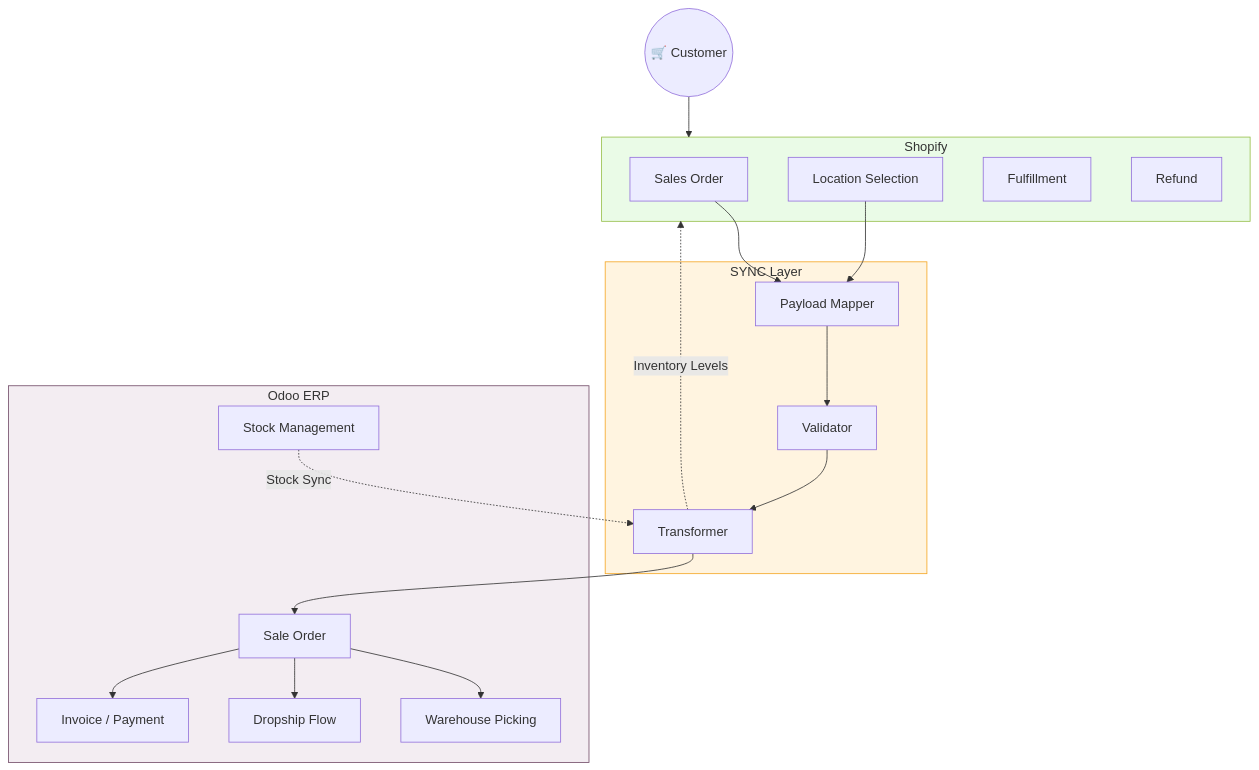
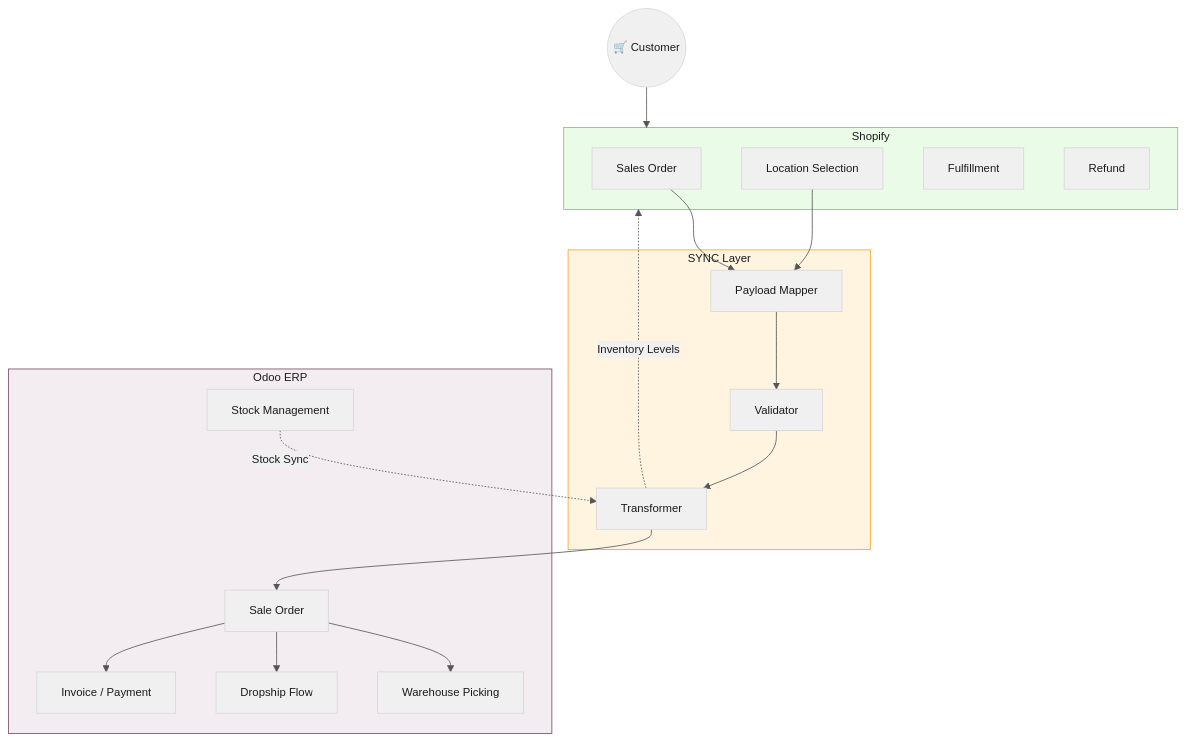
The second of 11 diagrams in shopify-sync-odoo-scenarios.md (ozan-droid/documents), drawn with Mermaid before and after one commit. The commit also changed other lines of this file, not shown here.

````diff
--- a/shopify-sync-odoo-scenarios.md
+++ b/shopify-sync-odoo-scenarios.md
@@ -60,38 +61,39 @@
 ```mermaid
+%%{init: {'theme': 'base', 'themeVariables': {'primaryColor': '#f0f0f0', 'primaryTextColor': '#1a1a1a', 'lineColor': '#555', 'textColor': '#1a1a1a', 'fontSize': '14px'}}}%%
 flowchart TB
     Customer(("🛒 Customer")) --> Shopify
 
     subgraph Shopify ["Shopify"]
         SO["Sales Order"]
         LOC["Location Selection"]
         FF["Fulfillment"]
         REF["Refund"]
     end
 
     subgraph SYNC ["SYNC Layer"]
         MAP["Payload Mapper"]
         VAL["Validator"]
         TRANS["Transformer"]
     end
 
     subgraph Odoo ["Odoo ERP"]
         OO["Sale Order"]
         WH["Warehouse Picking"]
         DS["Dropship Flow"]
         INV["Invoice / Payment"]
         STK["Stock Management"]
     end
 
     SO --> MAP
     LOC --> MAP
     MAP --> VAL --> TRANS --> OO
     OO --> WH
     OO --> DS
     OO --> INV
     STK -.->|"Stock Sync"| TRANS
     TRANS -.->|"Inventory Levels"| Shopify
 
-    style Shopify fill:#eafbe7,stroke:#96bf48
-    style SYNC fill:#fff4e0,stroke:#f5a623
-    style Odoo fill:#f3edf2,stroke:#714b67
+    style Shopify fill:#eafbe7,stroke:#96bf48,color:#1a1a1a
+    style SYNC fill:#fff4e0,stroke:#f5a623,color:#1a1a1a
+    style Odoo fill:#f3edf2,stroke:#714b67,color:#1a1a1a
 ```
````
